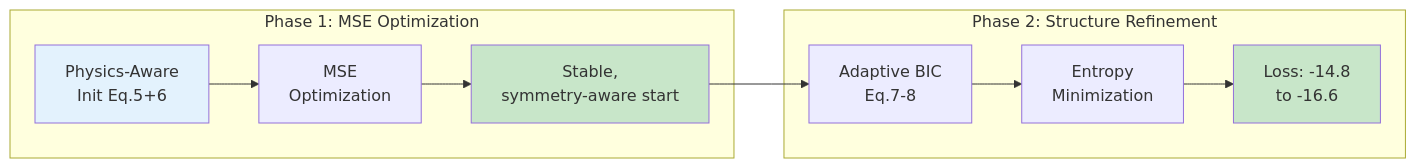
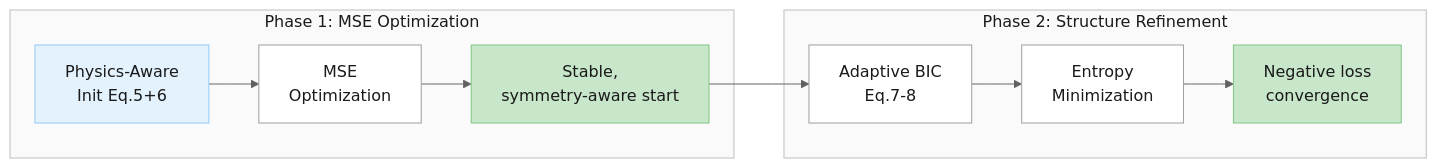
Before and after one commit to jurjsorinliviu/Psi-Vortex: the third of 7 diagrams in README.md, drawn with Mermaid. The commit also changed other lines of this file, not shown here.

````diff
--- a/README.md
+++ b/README.md
@@ -398,16 +394,20 @@
 ```mermaid
+%%{init: {'theme':'base','themeVariables':{'primaryTextColor':'#1a1a1a','lineColor':'#616161','clusterBkg':'#fafafa','clusterBorder':'#bdbdbd','titleColor':'#1a1a1a'}}}%%
 flowchart LR
     subgraph phase1["Phase 1: MSE Optimization"]
         A["Physics-Aware<br>Init Eq.5+6"] --> B["MSE<br>Optimization"] --> C["Stable,<br>symmetry-aware start"]
     end
     
     subgraph phase2["Phase 2: Structure Refinement"]
-        D["Adaptive BIC<br>Eq.7-8"] --> E["Entropy<br>Minimization"] --> F["Loss: -14.8<br>to -16.6"]
+        D["Adaptive BIC<br>Eq.7-8"] --> E["Entropy<br>Minimization"] --> F["Negative loss<br>convergence"]
     end
     
     C --> D
     
-    style A fill:#e3f2fd
-    style C fill:#c8e6c9
-    style F fill:#c8e6c9
+    style A fill:#e3f2fd,color:#1a1a1a,stroke:#90caf9
+    style B fill:#ffffff,color:#1a1a1a,stroke:#9e9e9e
+    style C fill:#c8e6c9,color:#1a1a1a,stroke:#81c784
+    style D fill:#ffffff,color:#1a1a1a,stroke:#9e9e9e
+    style E fill:#ffffff,color:#1a1a1a,stroke:#9e9e9e
+    style F fill:#c8e6c9,color:#1a1a1a,stroke:#81c784
 ```
````
